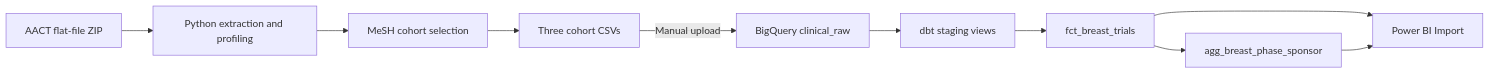
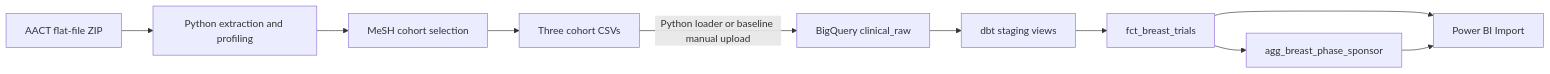
One commit to minuscati/DE_clinical_data changed the diagram in README.md. Above: the diagram before and after it, drawn with Mermaid. The commit also changed other lines of this file and 17 other files, not shown here.

````diff
--- a/README.md
+++ b/README.md
@@ -48,12 +52,12 @@
 ```mermaid
 flowchart LR
     A[AACT flat-file ZIP] --> B[Python extraction and profiling]
     B --> C[MeSH cohort selection]
     C --> D[Three cohort CSVs]
-    D -->|Manual upload| E[BigQuery clinical_raw]
+    D -->|Python loader or baseline manual upload| E[BigQuery clinical_raw]
     E --> F[dbt staging views]
     F --> G[fct_breast_trials]
     G --> H[agg_breast_phase_sponsor]
     G --> I[Power BI Import]
     H --> I
 ```
````
